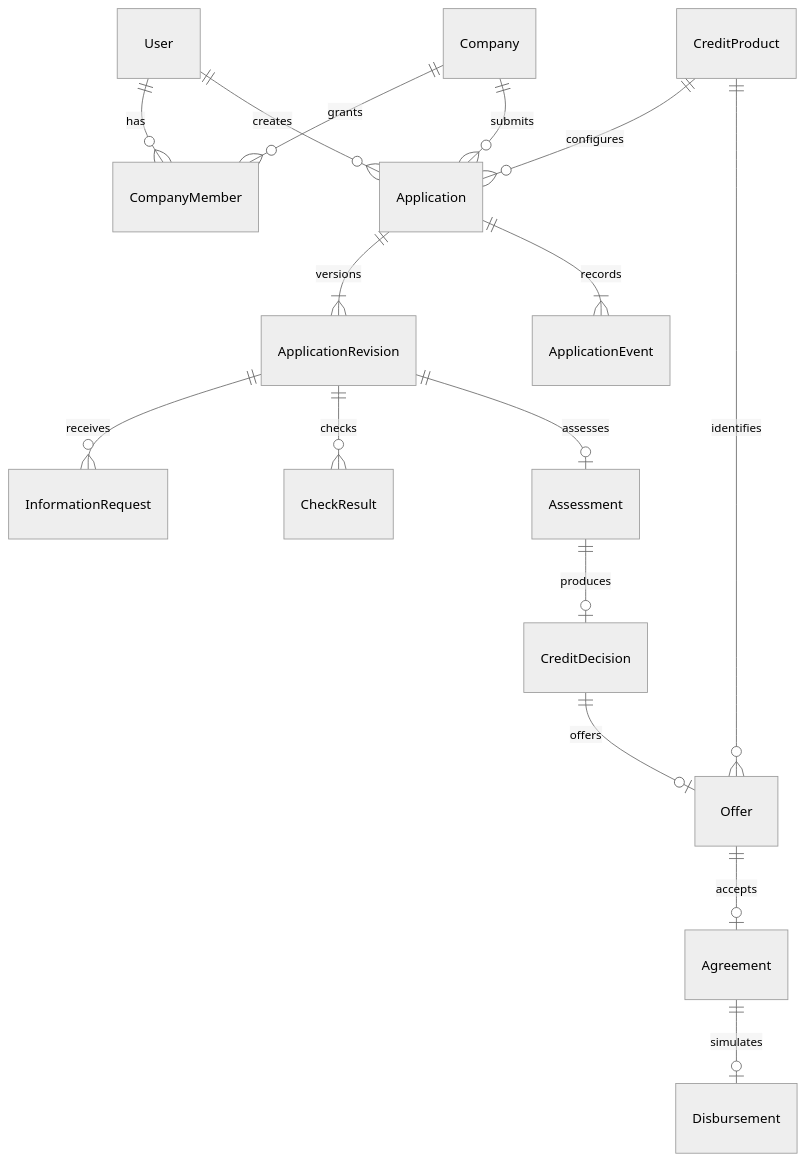
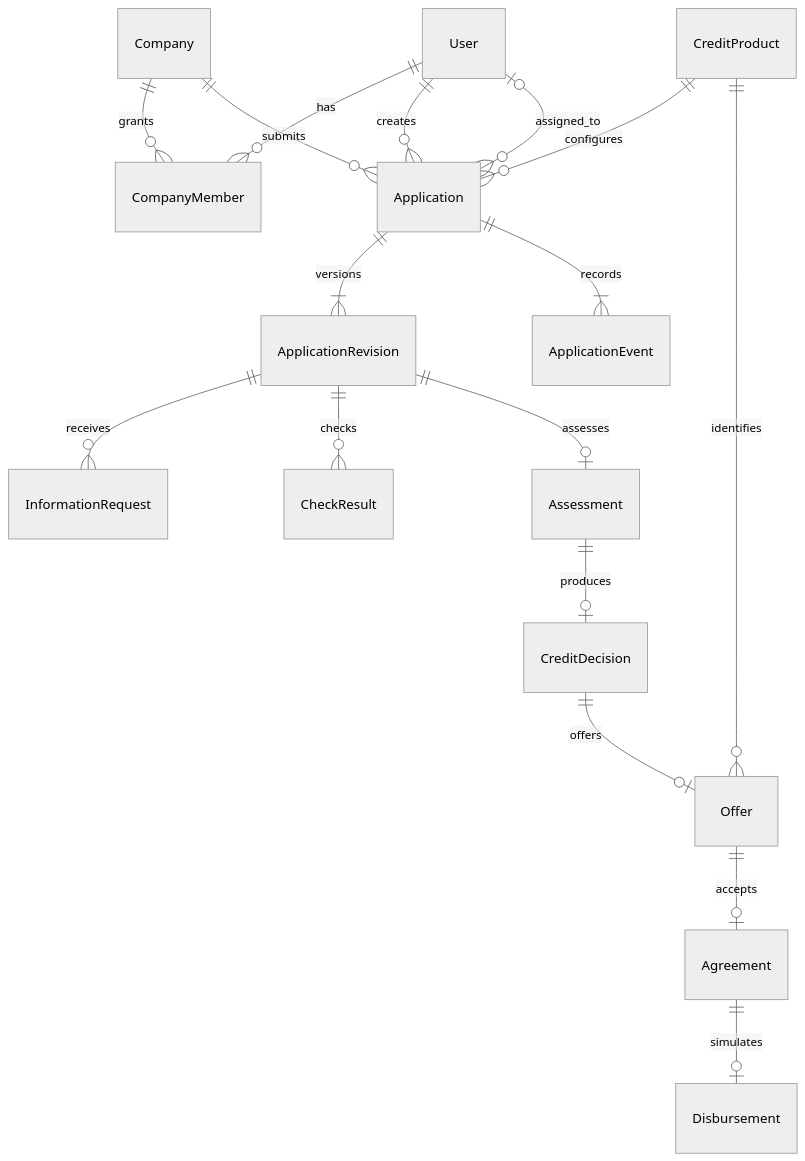
One commit to unish333ld/AlphaFutureHackathon2026 changed the diagram in docs/data-model.md. Above: the diagram before and after it, drawn with Mermaid (neutral theme). The commit also changed other lines of this file and 99 other files, not shown here.

````diff
--- a/docs/data-model.md
+++ b/docs/data-model.md
@@ -5,18 +7,19 @@
 ```mermaid
 erDiagram
     User ||--o{ CompanyMember : has
     Company ||--o{ CompanyMember : grants
     Company ||--o{ Application : submits
     User ||--o{ Application : creates
+    User o|--o{ Application : assigned_to
     CreditProduct ||--o{ Application : configures
     Application ||--|{ ApplicationRevision : versions
     Application ||--|{ ApplicationEvent : records
     ApplicationRevision ||--o{ InformationRequest : receives
     ApplicationRevision ||--o{ CheckResult : checks
     ApplicationRevision ||--o| Assessment : assesses
     Assessment ||--o| CreditDecision : produces
     CreditDecision ||--o| Offer : offers
     CreditProduct ||--o{ Offer : identifies
     Offer ||--o| Agreement : accepts
     Agreement ||--o| Disbursement : simulates
 ```
````
